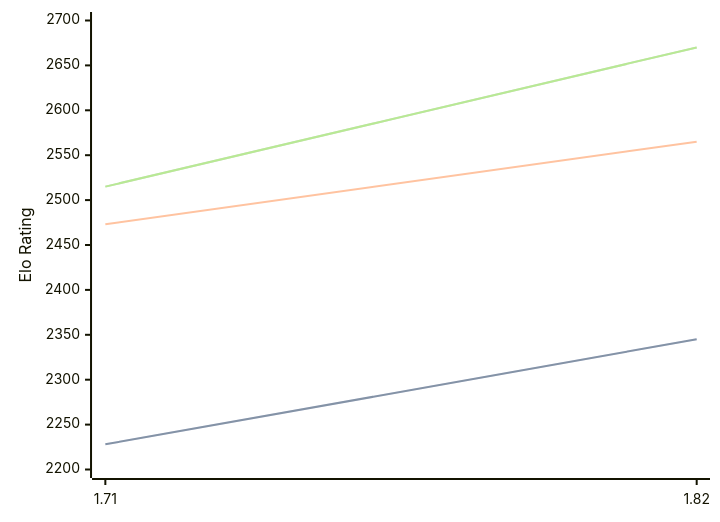
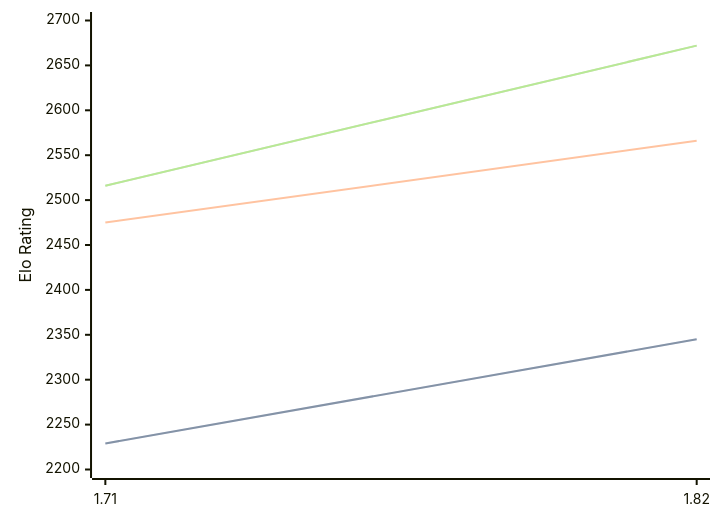
Before and after one commit to computer-chess-index/cci: the diagram in engines/Amira.md, drawn with Mermaid. The commit also changed other lines of this file, not shown here.

Commit message:
Update CCI Ratings (ELO VLTC) - 2026-05-01

````diff
--- a/engines/Amira.md
+++ b/engines/Amira.md
@@ -35,11 +35,11 @@
 ```mermaid
 %%{init: {"theme":"base","themeVariables":{"seriesColors:['#a3a3a3','#222221','#faa371']}}}%%
 xychart-beta
   x-axis ["1.71", "1.82"]
   y-axis "Elo Rating" 2200 --> 2700
-  line "STC (8.0+0.08s)" [2228, 2345]
-  line "STC (8.0+0.08s)" [2228, 2345]
-  line "LTC (60.0+0.60s)" [2473, 2565]
-  line "VLTC (2m24s+1.12s)" [2515, 2670]
-  line "VLTC (2m24s+1.12s)" [2515, 2670]
+  line "STC (8.0+0.08s)" [2229, 2345]
+  line "STC (8.0+0.08s)" [2229, 2345]
+  line "LTC (60.0+0.60s)" [2475, 2566]
+  line "VLTC (2m24s+1.12s)" [2516, 2672]
+  line "VLTC (2m24s+1.12s)" [2516, 2672]
 ```
````
